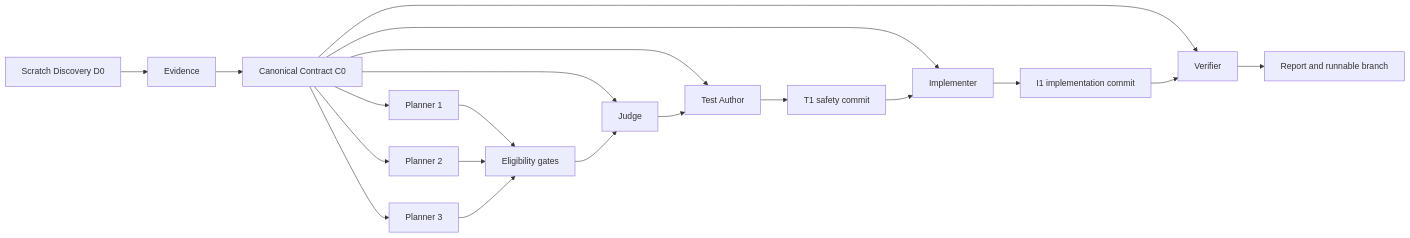
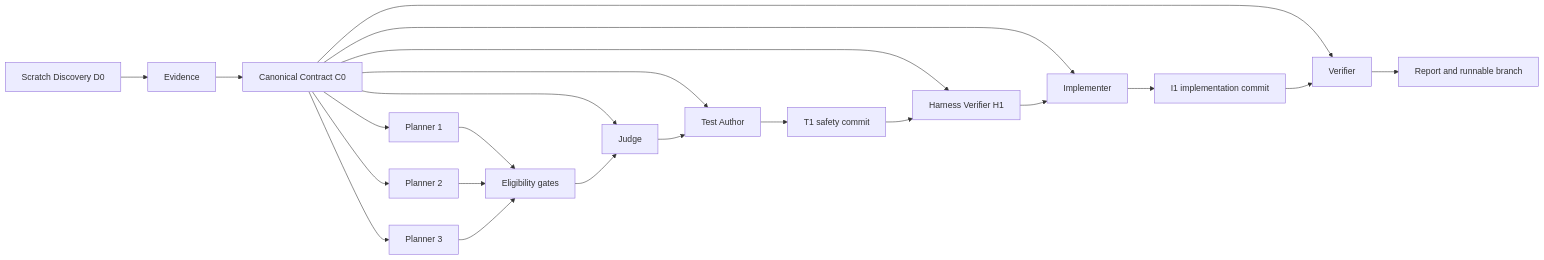
One commit to vv-bogdanov/changesafely changed the diagram in README.md. Above: the diagram before and after it, drawn with Mermaid. The commit also changed other lines of this file and 15 other files, not shown here.

````diff
--- a/README.md
+++ b/README.md
@@ -109,22 +109,24 @@
 ```mermaid
 flowchart LR
   D0[Scratch Discovery D0] --> E[Evidence]
   E --> C0[Canonical Contract C0]
   C0 --> P1[Planner 1]
   C0 --> P2[Planner 2]
   C0 --> P3[Planner 3]
   C0 --> J[Judge]
   P1 --> G[Eligibility gates]
   P2 --> G
   P3 --> G
   G --> J
   C0 --> T[Test Author]
   J --> T
   T --> T1[T1 safety commit]
+  C0 --> H[Harness Verifier H1]
+  T1 --> H
   C0 --> I[Implementer]
-  T1 --> I
+  H --> I
   I --> I1[I1 implementation commit]
   C0 --> V[Verifier]
   I1 --> V
   V --> R[Report and runnable branch]
 ```
````
